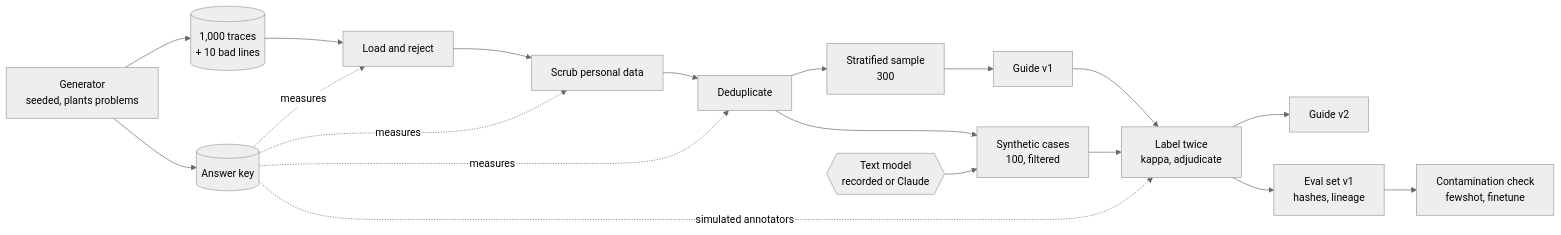
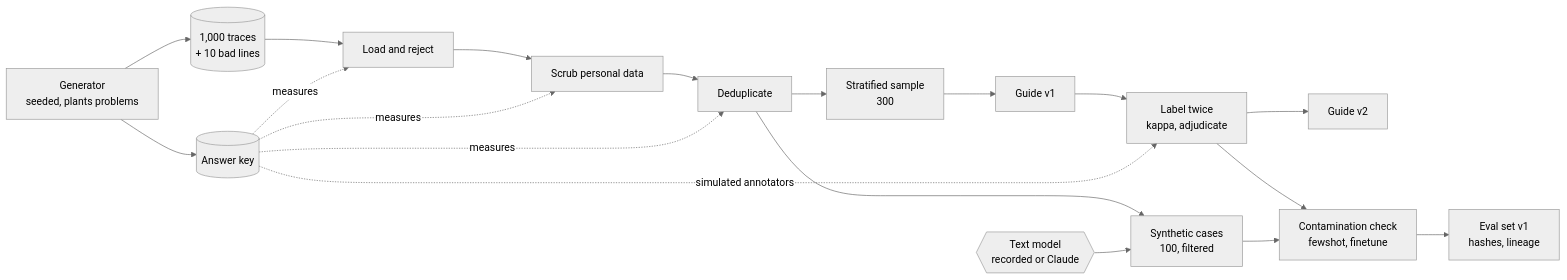
The diagram in ARCHITECTURE.md (plainround-projects/ai-traces-to-trusted-eval-set), drawn with Mermaid (neutral theme) before and after one commit. The commit also changed other lines of this file and 1 other file, not shown here.

Commit message:
docs: align the architecture notes with the code

````diff
--- a/ARCHITECTURE.md
+++ b/ARCHITECTURE.md
@@ -28,21 +28,21 @@
 ```mermaid
 flowchart LR
     gen["Generator<br/>seeded, plants problems"] --> raw[("1,000 traces<br/>+ 10 bad lines")]
     gen --> key[("Answer key")]
     raw --> load["Load and reject"]
     load --> scrub["Scrub personal data"]
     scrub --> dedup["Deduplicate"]
     dedup --> sample["Stratified sample<br/>300"]
     sample --> guide["Guide v1"]
     guide --> label["Label twice<br/>kappa, adjudicate"]
     label --> guide2["Guide v2"]
     dedup --> synth["Synthetic cases<br/>100, filtered"]
     model{{"Text model<br/>recorded or Claude"}} --> synth
-    synth --> label
-    label --> freeze["Eval set v1<br/>hashes, lineage"]
+    label --> check["Contamination check<br/>fewshot, finetune"]
+    synth --> check
+    check --> freeze["Eval set v1<br/>hashes, lineage"]
     key -. measures .-> load
     key -. measures .-> scrub
     key -. measures .-> dedup
     key -. simulated annotators .-> label
-    freeze --> check["Contamination check<br/>fewshot, finetune"]
 ```
````
